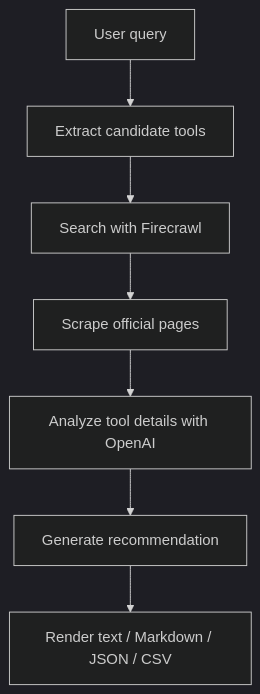
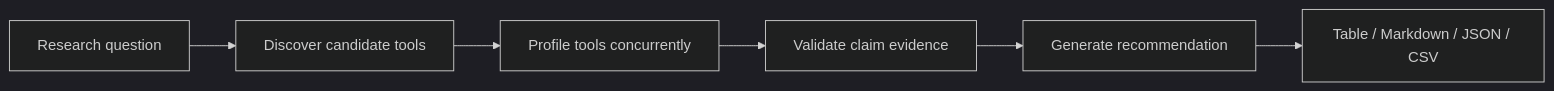
Before and after one commit to ethanvillalovoz/intellicrawl: the diagram in README.md, drawn with Mermaid (dark theme). The commit also changed other lines of this file and 65 other files, not shown here.

````diff
--- a/README.md
+++ b/README.md
@@ -129,9 +57,8 @@
 ```mermaid
-flowchart TD
-    Q["User query"] --> E["Extract candidate tools"]
-    E --> S["Search with Firecrawl"]
-    S --> C["Scrape official pages"]
-    C --> A["Analyze tool details with OpenAI"]
-    A --> R["Generate recommendation"]
-    R --> O["Render text / Markdown / JSON / CSV"]
+flowchart LR
+    Q["Research question"] --> D["Discover candidate tools"]
+    D --> P["Profile tools concurrently"]
+    P --> E["Validate claim evidence"]
+    E --> R["Generate recommendation"]
+    R --> O["Table / Markdown / JSON / CSV"]
 ```
````
